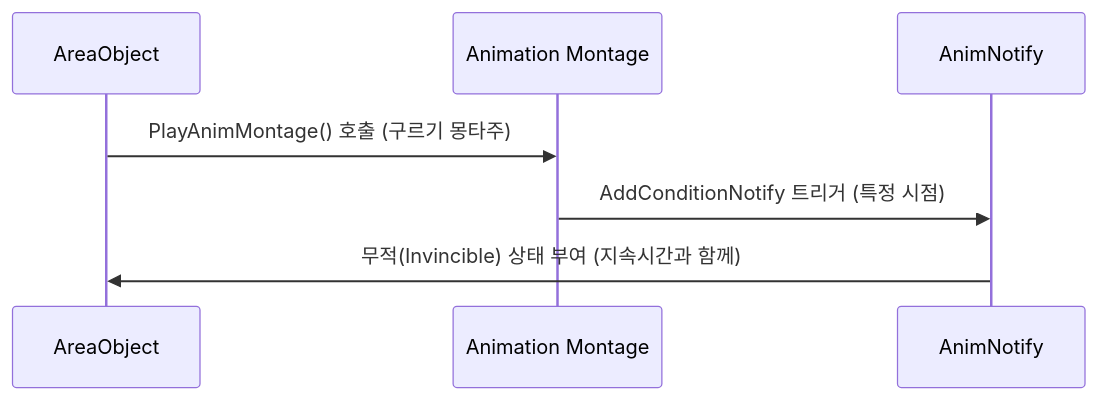
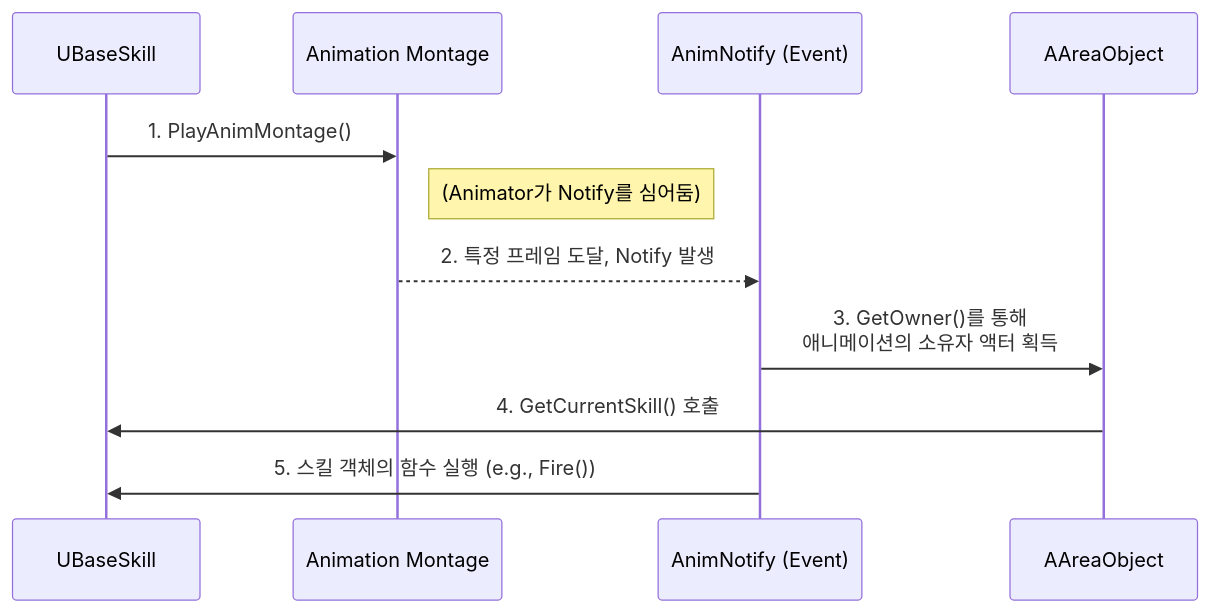
Before and after one commit to chungheonLee0325/Sonheim: the diagram in Doc/Wiki/4.3_Animation_System.md, drawn with Mermaid. The commit also changed other lines of this file and 41 other files, not shown here.

````diff
--- a/Doc/Wiki/4.3_Animation_System.md
+++ b/Doc/Wiki/4.3_Animation_System.md
@@ -18,10 +19,14 @@
 ```mermaid
 sequenceDiagram
-    participant Char as AreaObject
+    participant Skill as UBaseSkill
     participant Montage as Animation Montage
-    participant Notify as AnimNotify
+    participant Notify as AnimNotify (Event)
+    participant Owner as AAreaObject
 
-    Char->>Montage: PlayAnimMontage() 호출 (구르기 몽타주)
-    Montage->>Notify: AddConditionNotify 트리거 (특정 시점)
-    Notify->>Char: 무적(Invincible) 상태 부여 (지속시간과 함께)
+    Skill->>Montage: 1. PlayAnimMontage()
+    Note right of Montage: (Animator가 Notify를 심어둠)
+    Montage-->>Notify: 2. 특정 프레임 도달, Notify 발생
+    Notify->>Owner: 3. GetOwner()를 통해<br>애니메이션의 소유자 액터 획득
+    Owner->>Skill: 4. GetCurrentSkill() 호출
+    Notify->>Skill: 5. 스킬 객체의 함수 실행 (e.g., Fire())
 ```
````
